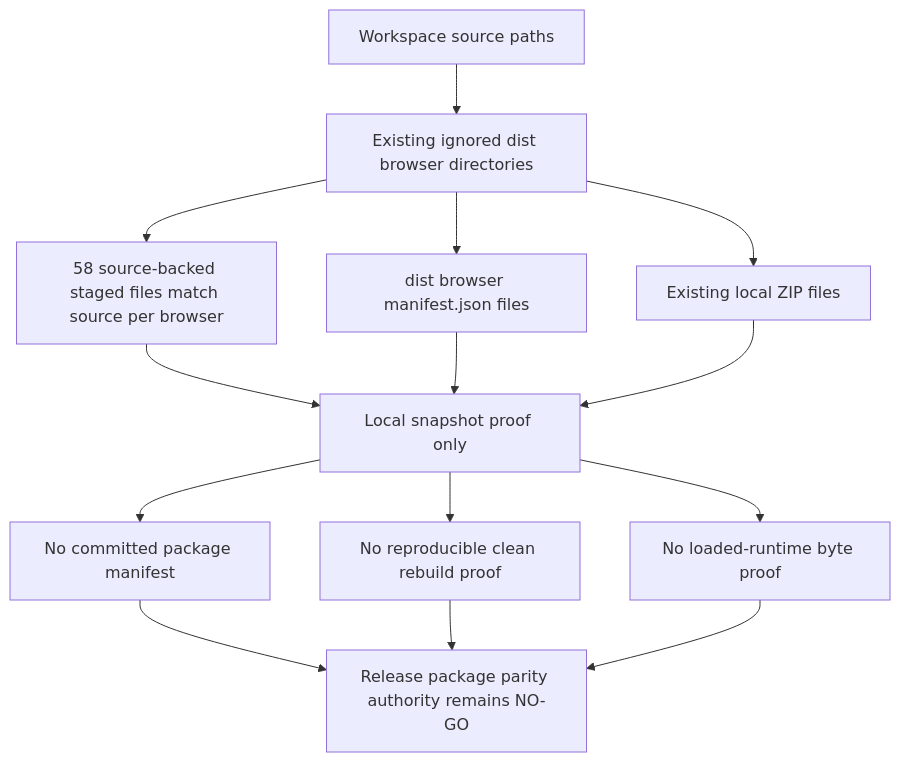
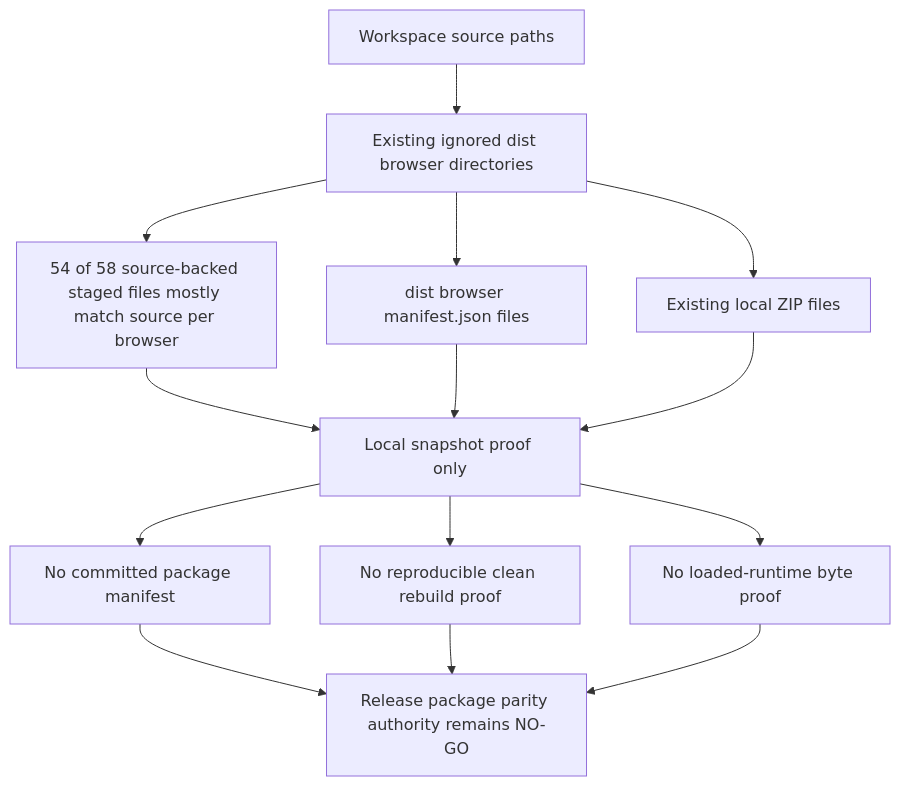
Before and after one commit to varshneydevansh/FilterTube: the ninth of 9 diagrams in docs/audit/FILTERTUBE_P0_RELEASE_PACKAGE_CURRENT_BEHAVIOR_2026-05-19.md, drawn with Mermaid. The commit also changed other lines of this file and 698 other files, not shown here.

````diff
--- a/docs/audit/FILTERTUBE_P0_RELEASE_PACKAGE_CURRENT_BEHAVIOR_2026-05-19.md
+++ b/docs/audit/FILTERTUBE_P0_RELEASE_PACKAGE_CURRENT_BEHAVIOR_2026-05-19.md
@@ -715,16 +715,16 @@
 ```mermaid
 flowchart TD
   A["Workspace source paths"] --> B["Existing ignored dist browser directories"]
-  B --> C["58 source-backed staged files match source per browser"]
+  B --> C["54 of 58 source-backed staged files mostly match source per browser"]
   B --> D["dist browser manifest.json files"]
   B --> E["Existing local ZIP files"]
   C --> F["Local snapshot proof only"]
   D --> F
   E --> F
   F --> G["No committed package manifest"]
   F --> H["No reproducible clean rebuild proof"]
   F --> I["No loaded-runtime byte proof"]
   G --> J["Release package parity authority remains NO-GO"]
   H --> J
   I --> J
 ```
````
